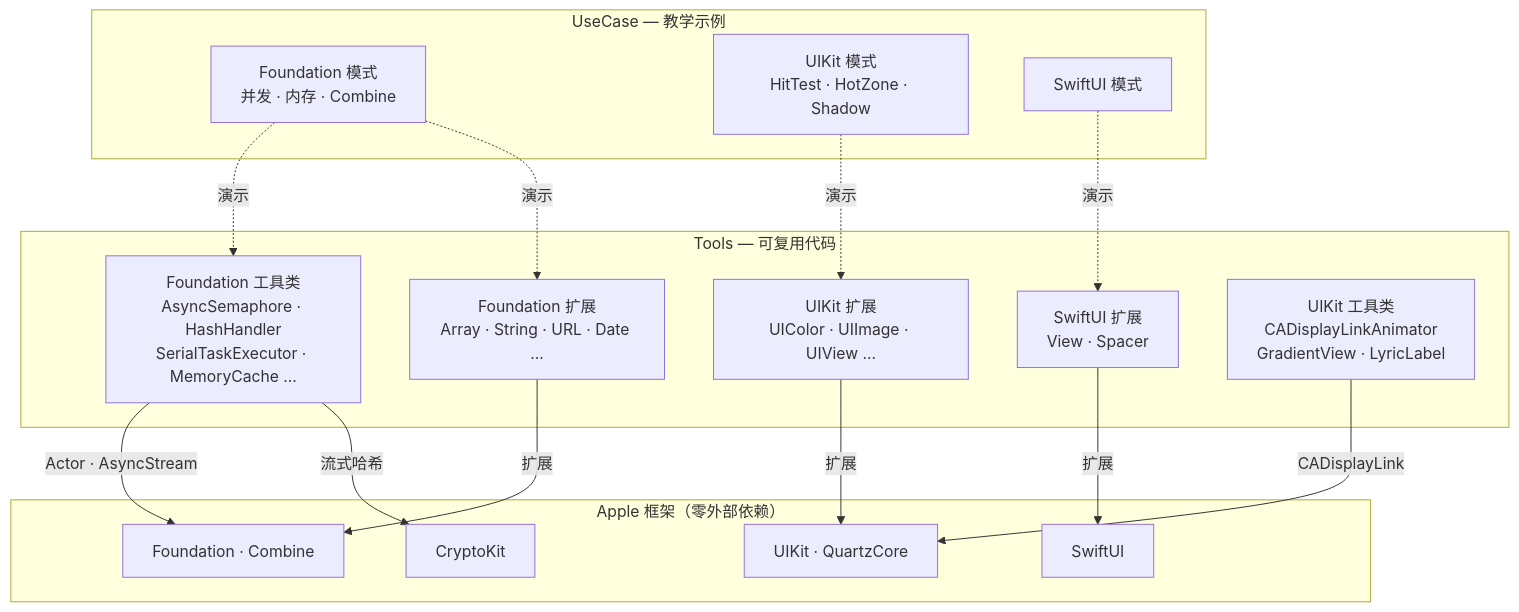
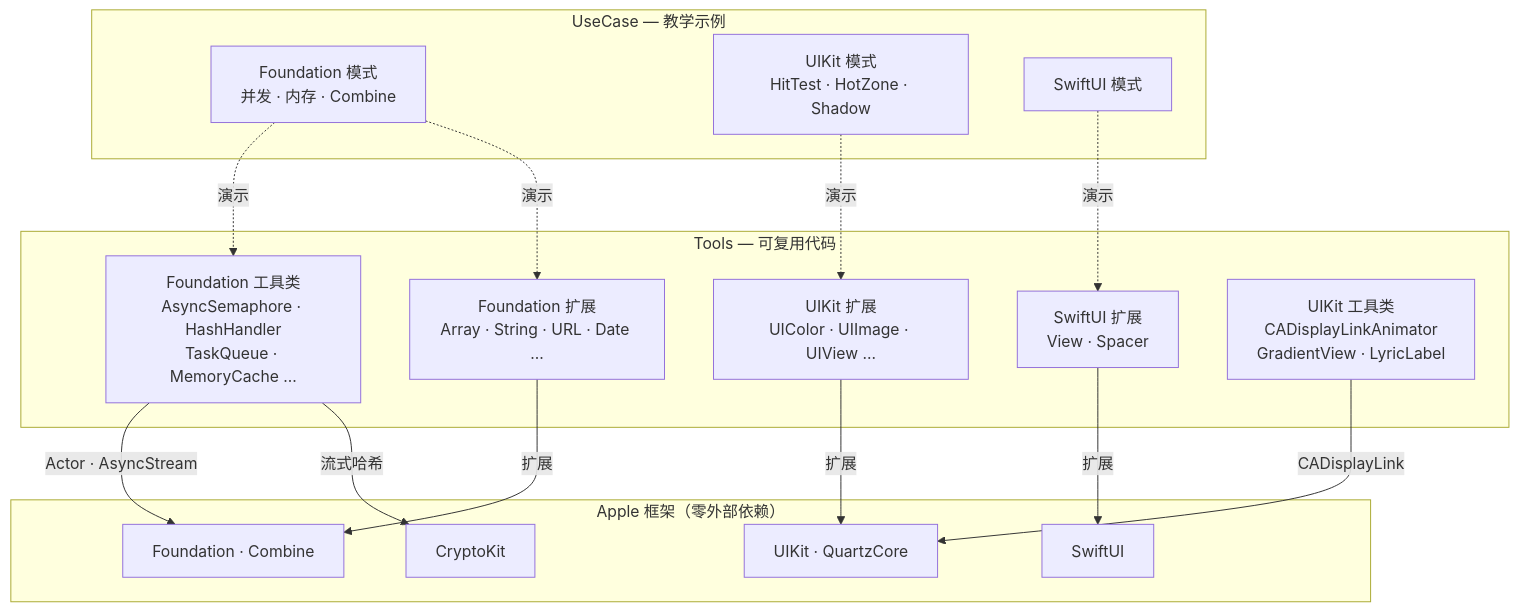
The diagram in README_ZH.md (yuman07/SwiftCodeBook), drawn with Mermaid before and after one commit. The commit also changed other lines of this file and 4 other files, not shown here.

First line of the commit message:
Add concurrency limits and barriers to TaskQueue

````diff
--- a/README_ZH.md
+++ b/README_ZH.md
@@ -240,35 +264,35 @@
 ```mermaid
 graph TD
     subgraph Tools["Tools — 可复用代码"]
         FndExt["Foundation 扩展<br/>Array · String · URL · Date ..."]
         UIKExt["UIKit 扩展<br/>UIColor · UIImage · UIView ..."]
         SUIExt["SwiftUI 扩展<br/>View · Spacer"]
-        FndUtil["Foundation 工具类<br/>AsyncSemaphore · HashHandler<br/>SerialTaskExecutor · MemoryCache ..."]
+        FndUtil["Foundation 工具类<br/>AsyncSemaphore · HashHandler<br/>TaskQueue · MemoryCache ..."]
         UIUtil["UIKit 工具类<br/>CADisplayLinkAnimator<br/>GradientView · LyricLabel"]
     end
 
     subgraph UseCase["UseCase — 教学示例"]
         FndUC["Foundation 模式<br/>并发 · 内存 · Combine"]
         UIKUC["UIKit 模式<br/>HitTest · HotZone · Shadow"]
         SUIUC["SwiftUI 模式"]
     end
 
     subgraph Frameworks["Apple 框架（零外部依赖）"]
         Fnd["Foundation · Combine"]
         UK["UIKit · QuartzCore"]
         SU["SwiftUI"]
         CK["CryptoKit"]
     end
 
     FndExt -->|"扩展"| Fnd
     FndUtil -->|"Actor · AsyncStream"| Fnd
     FndUtil -->|"流式哈希"| CK
     UIKExt -->|"扩展"| UK
     UIUtil -->|"CADisplayLink"| UK
     SUIExt -->|"扩展"| SU
 
     FndUC -.->|"演示"| FndUtil
     FndUC -.->|"演示"| FndExt
     UIKUC -.->|"演示"| UIKExt
     SUIUC -.->|"演示"| SUIExt
 ```
````
